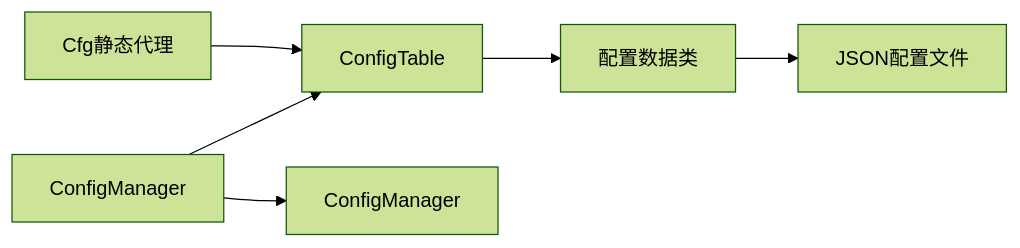
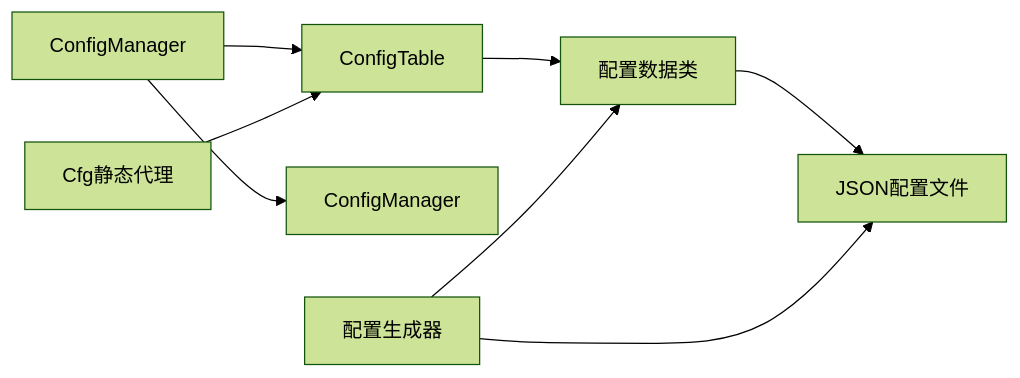
One commit to Tuusen/p1_client changed the fifth of 5 diagrams in .qoder/repowiki/zh/content/配置管理系统/配置管理系统.md. Above: the diagram before and after it, drawn with Mermaid (forest theme). The commit also changed other lines of this file and 29 other files, not shown here.

````diff
--- a/.qoder/repowiki/zh/content/配置管理系统/配置管理系统.md
+++ b/.qoder/repowiki/zh/content/配置管理系统/配置管理系统.md
@@ -257,8 +275,10 @@
 ```mermaid
 graph LR
 CM["ConfigManager"] --> CT["ConfigTable<T>"]
 CM --> CMGR["ConfigManager"]
 CT --> Data["配置数据类"]
 CFG["Cfg静态代理"] --> CT
 Data --> JSON["JSON配置文件"]
+GEN["配置生成器"] --> Data
+GEN --> JSON
 ```
````
